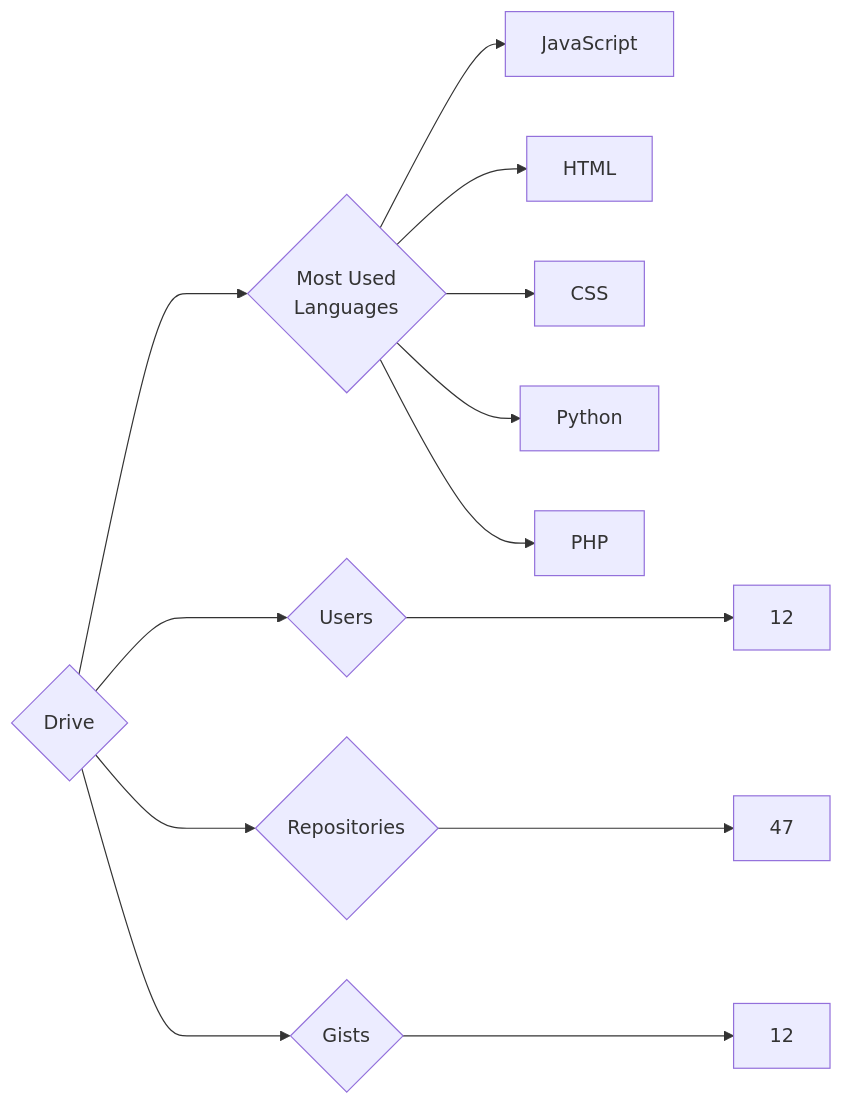
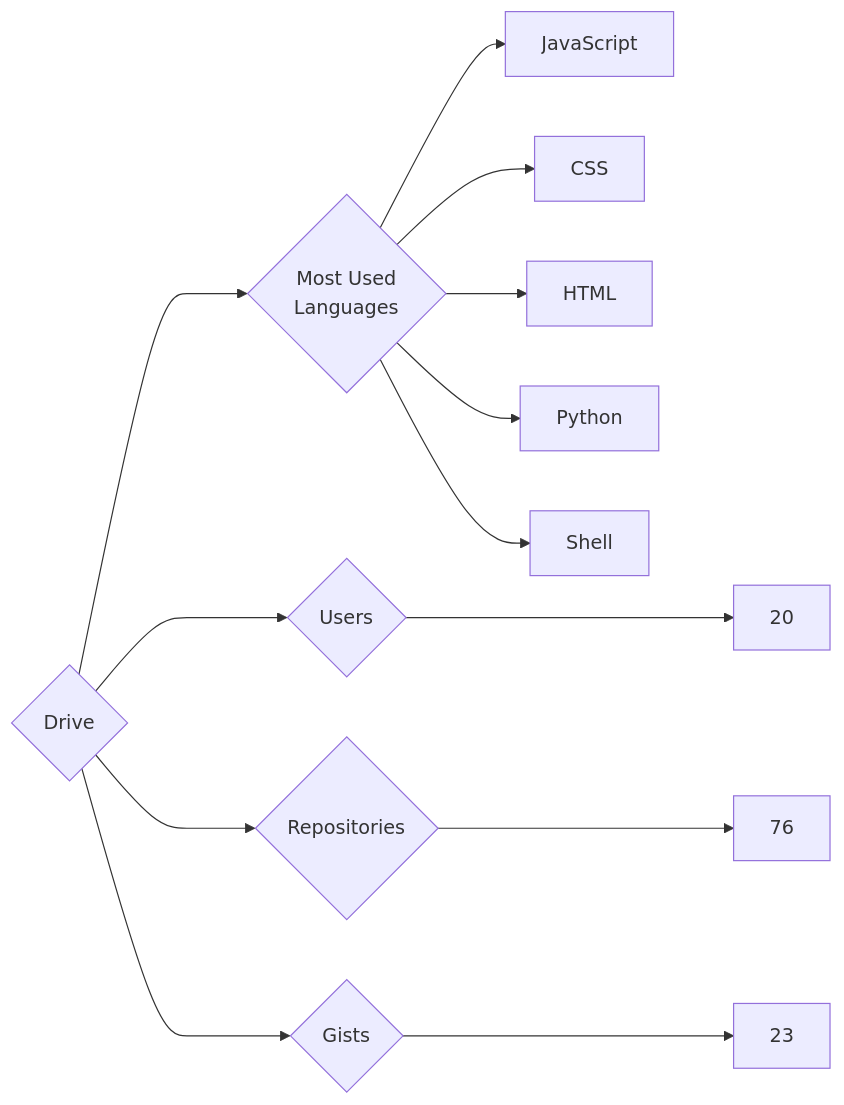
One commit to trickest/insiders changed the diagram in targets/Drive/README.md. Above: the diagram before and after it, drawn with Mermaid. The commit also changed 757 other files, not shown here.

````diff
--- a/targets/Drive/README.md
+++ b/targets/Drive/README.md
@@ -3,13 +3,13 @@
 ```mermaid
 graph LR
 COMPANY_NAME{Drive}
-COMPANY_NAME ---> U{Users} ---> UN[12]
-COMPANY_NAME ---> R{Repositories} ---> RN[47]
-COMPANY_NAME ---> G{Gists} ---> GN[12]
+COMPANY_NAME ---> U{Users} ---> UN[20]
+COMPANY_NAME ---> R{Repositories} ---> RN[76]
+COMPANY_NAME ---> G{Gists} ---> GN[23]
 COMPANY_NAME ---> ML{Most Used<br>Languages}
 ML --> JavaScript[JavaScript]
+ML --> CSS[CSS]
 ML --> HTML[HTML]
-ML --> CSS[CSS]
 ML --> Python[Python]
-ML --> PHP[PHP]
+ML --> Shell[Shell]
 ```
````
